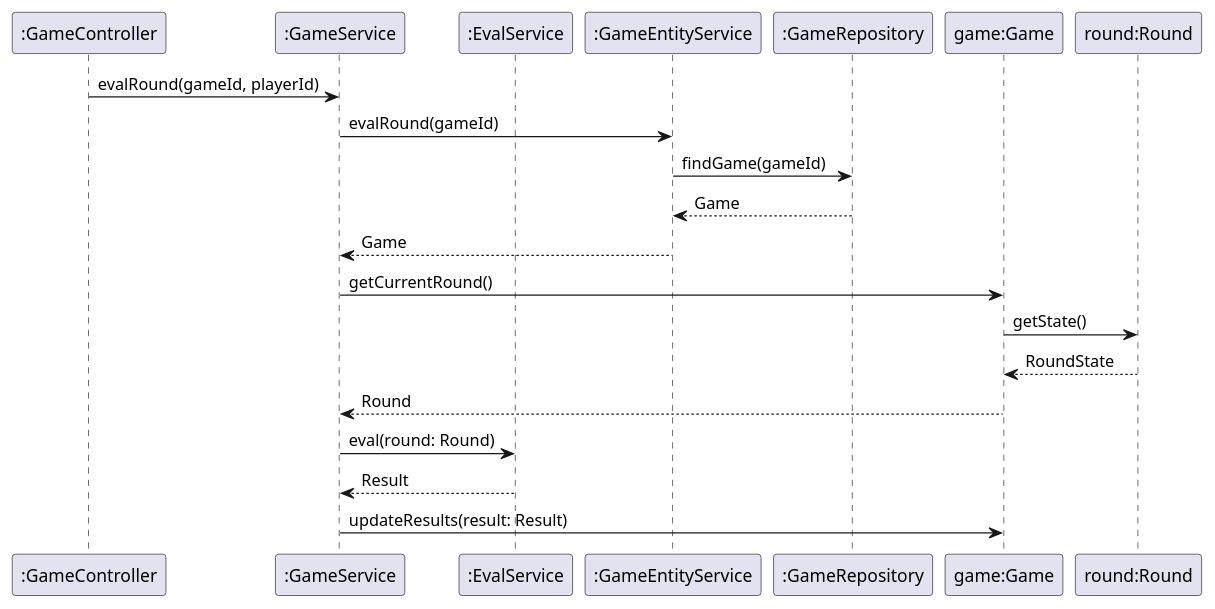
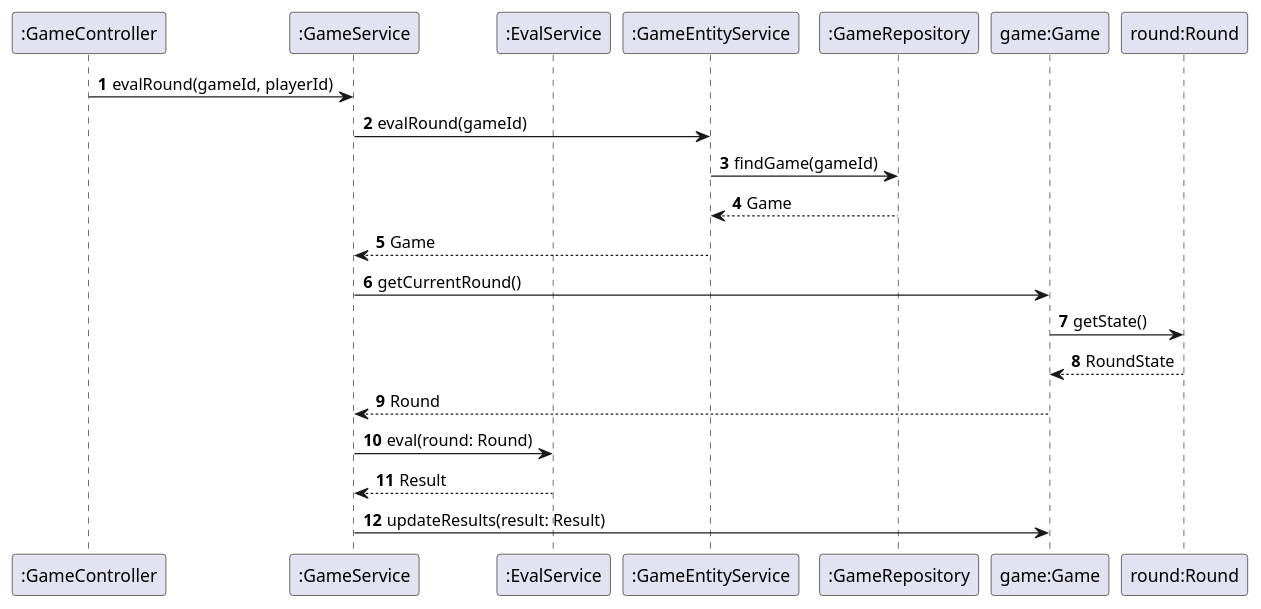
Before and after one commit to patrickwinti/worldwidewalter: the diagram in docs/diagrams/smol/evaluation_ssd.plantuml, drawn with PlantUML.

Commit message:
[SWEN] fix state second

```diff
--- a/docs/diagrams/smol/evaluation_ssd.plantuml
+++ b/docs/diagrams/smol/evaluation_ssd.plantuml
@@ -1,24 +1,28 @@
 @startuml
+skinparam componentStyle rectangle
+skinparam linestyle ortho
+
 participant ":GameController" as gc
 participant ":GameService" as gs
 participant ":EvalService" as ev
 participant ":GameEntityService" as ges
 participant ":GameRepository" as gr
 participant "game:Game" as game
 participant "round:Round" as round
 
+autonumber
 gc -> gs: evalRound(gameId, playerId)
 gs -> ges: evalRound(gameId)
 ges -> gr : findGame(gameId)
 gr  --> ges: Game
 ges --> gs: Game
 gs -> game: getCurrentRound()
 game -> round: getState()
 round --> game: RoundState
 game --> gs: Round
 gs -> ev :eval(round: Round)
 ev --> gs : Result
 gs -> game : updateResults(result: Result)
 
 
 @enduml
```
